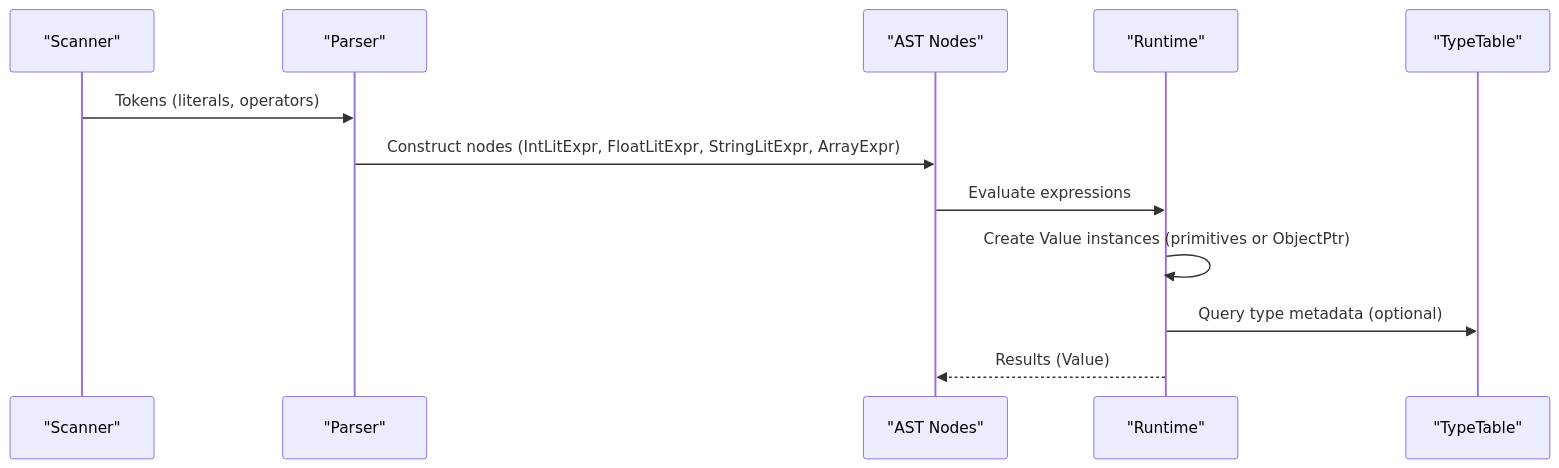
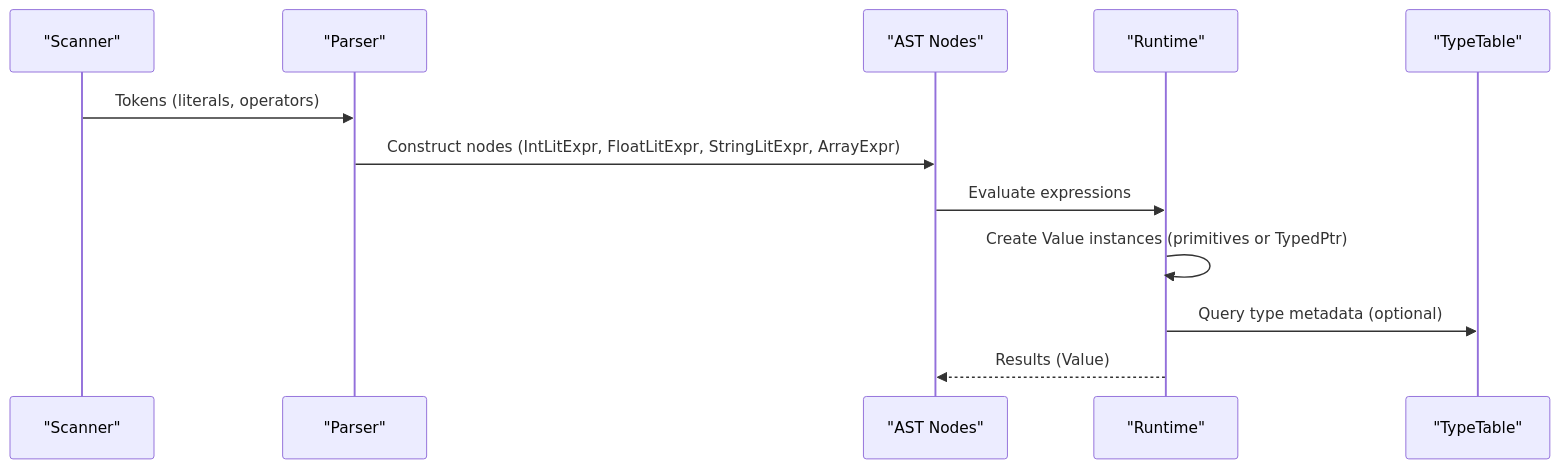
Before and after one commit to littlebirds/modern_bision: the fifth of 6 diagrams in .qoder/repowiki/en/content/Runtime System.md, drawn with Mermaid. The commit also changed other lines of this file and 3 other files, not shown here.

````diff
--- a/.qoder/repowiki/en/content/Runtime System.md
+++ b/.qoder/repowiki/en/content/Runtime System.md
@@ -282,14 +282,14 @@
 ```mermaid
 sequenceDiagram
 participant Lexer as "Scanner"
 participant Parser as "Parser"
 participant AST as "AST Nodes"
 participant Runtime as "Runtime"
 participant Types as "TypeTable"
 Lexer->>Parser : Tokens (literals, operators)
 Parser->>AST : Construct nodes (IntLitExpr, FloatLitExpr, StringLitExpr, ArrayExpr)
 AST->>Runtime : Evaluate expressions
-Runtime->>Runtime : Create Value instances (primitives or ObjectPtr)
+Runtime->>Runtime : Create Value instances (primitives or TypedPtr)
 Runtime->>Types : Query type metadata (optional)
 Runtime-->>AST : Results (Value)
 ```
````
